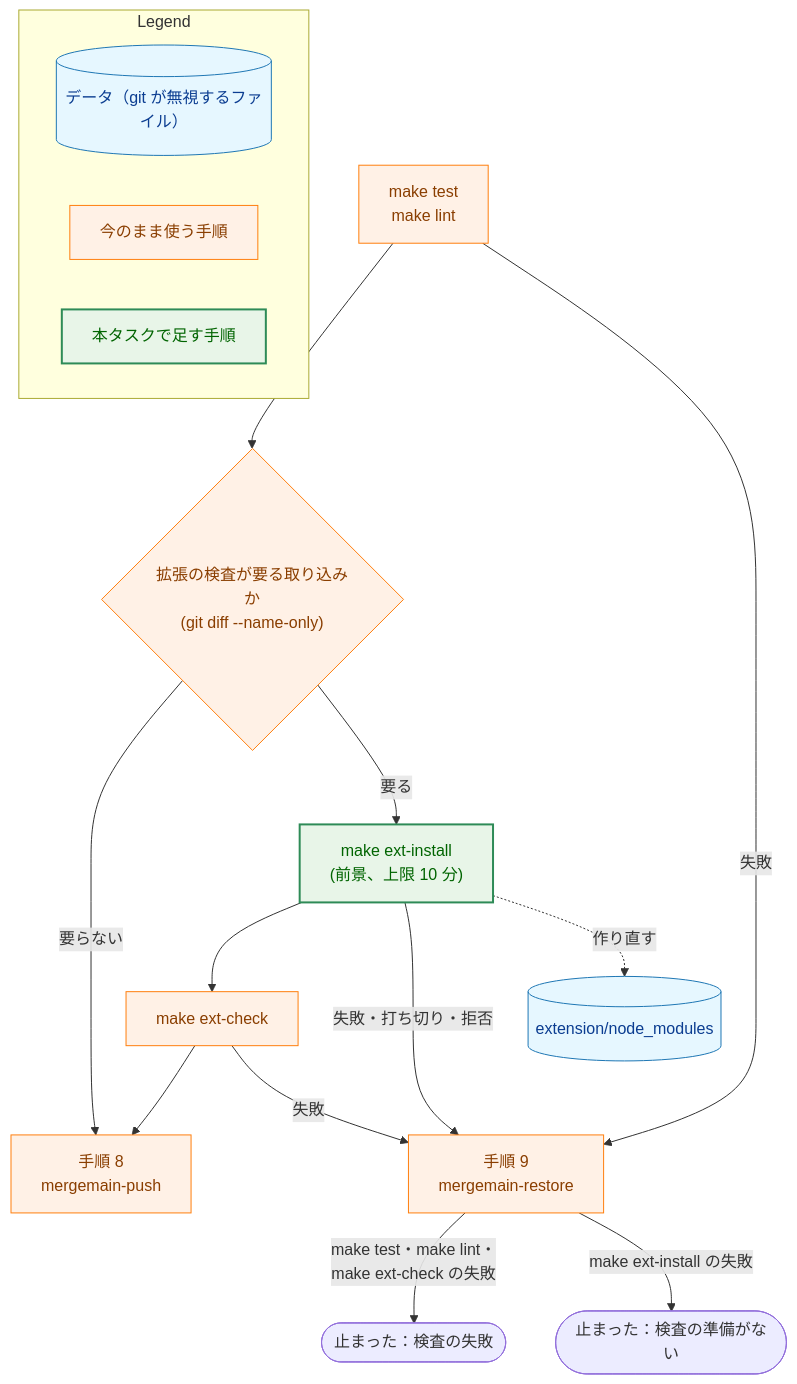
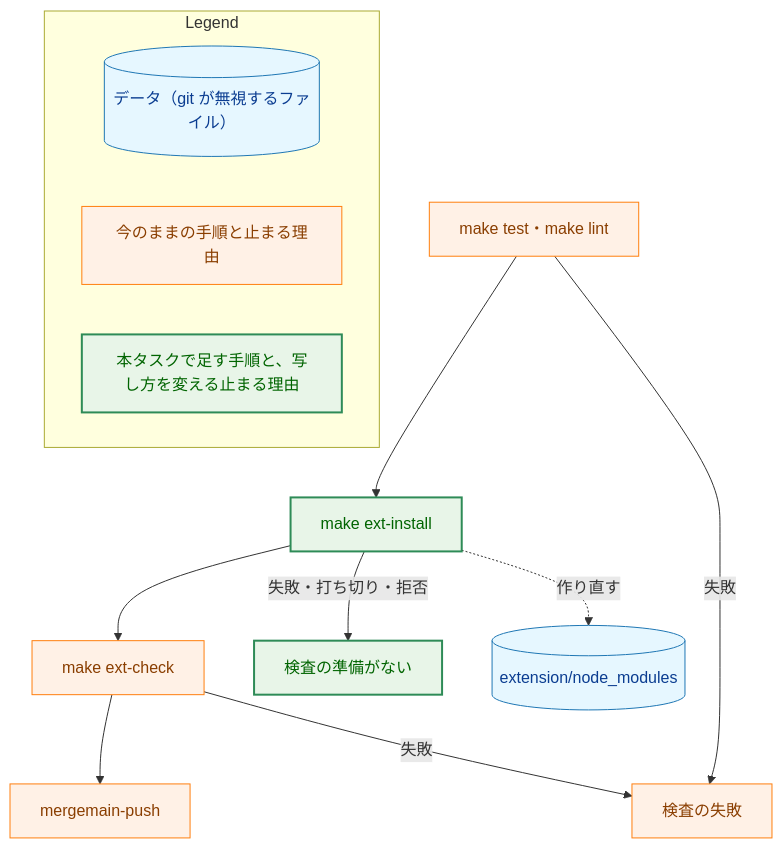
The first of 5 diagrams in docs/tasks/0130_mergemain_ext_install/02_architecture.md (isseis/yt2column), drawn with Mermaid before and after one commit. The commit also changed other lines of this file and 1 other file, not shown here.

First line of the commit message:
docs(0130): address the architecture review and improve its Japanese prose

````diff
--- a/docs/tasks/0130_mergemain_ext_install/02_architecture.md
+++ b/docs/tasks/0130_mergemain_ext_install/02_architecture.md
@@ -45,41 +60,35 @@
 ```mermaid
 flowchart TD
     classDef data fill:#e6f7ff,stroke:#1f77b4,stroke-width:1px,color:#0b3d91;
     classDef process fill:#fff1e6,stroke:#ff7f0e,stroke-width:1px,color:#8a3e00;
     classDef enhanced fill:#e8f5e8,stroke:#2e8b57,stroke-width:2px,color:#006400;
 
-    TEST["make test<br>make lint"]
-    DIFF{"拡張の検査が要る取り込みか<br>(git diff --name-only)"}
-    INSTALL["make ext-install<br>(前景、上限 10 分)"]
+    TEST["make test・make lint"]
+    INSTALL["make ext-install"]
     CHECK["make ext-check"]
-    PUSH["手順 8<br>mergemain-push"]
-    RESTORE["手順 9<br>mergemain-restore"]
+    PUSH["mergemain-push"]
     NM[("extension/node_modules")]
-    R1(["止まった：検査の失敗"])
-    R2(["止まった：検査の準備がない"])
+    R1["検査の失敗"]
+    R2["検査の準備がない"]
 
-    TEST --> DIFF
-    TEST -->|"失敗"| RESTORE
-    DIFF -->|"要らない"| PUSH
-    DIFF -->|"要る"| INSTALL
+    TEST --> INSTALL
+    TEST -->|"失敗"| R1
     INSTALL --> CHECK
-    INSTALL -->|"失敗・打ち切り・拒否"| RESTORE
+    INSTALL -->|"失敗・打ち切り・拒否"| R2
     INSTALL -.->|"作り直す"| NM
     CHECK --> PUSH
-    CHECK -->|"失敗"| RESTORE
-    RESTORE -->|"make test・make lint・<br>make ext-check の失敗"| R1
-    RESTORE -->|"make ext-install の失敗"| R2
+    CHECK -->|"失敗"| R1
 
     class NM data
-    class TEST,DIFF,CHECK,PUSH,RESTORE process
-    class INSTALL enhanced
+    class TEST,CHECK,PUSH,R1 process
+    class INSTALL,R2 enhanced
 
     subgraph Legend["Legend"]
         L1[("データ（git が無視するファイル）")]
-        L2["今のまま使う手順"]
-        L3["本タスクで足す手順"]
+        L2["今のままの手順と止まる理由"]
+        L3["本タスクで足す手順と、写し方を変える止まる理由"]
     end
     class L1 data
     class L2 process
     class L3 enhanced
 ```
````
